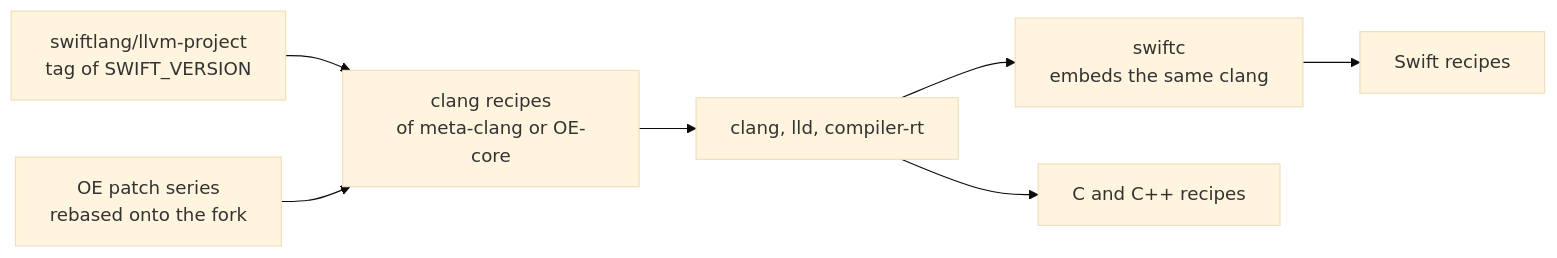
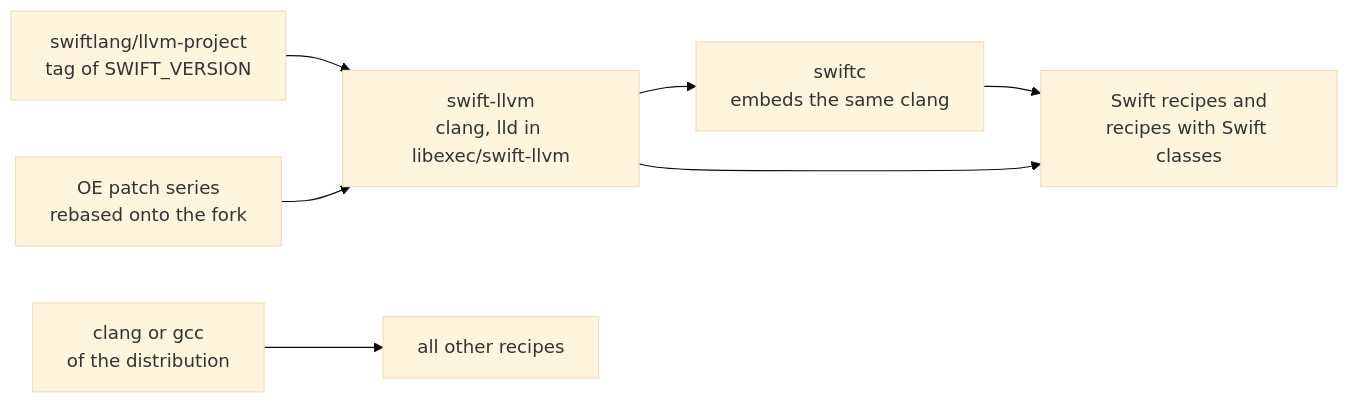
Before and after one commit to nikolaszimmermann/meta-swift: the first of 3 diagrams in README.md, drawn with Mermaid (base theme). The commit also changed other lines of this file, not shown here.

First line of the commit message:
README: describe the private LLVM

````diff
--- a/README.md
+++ b/README.md
@@ -70,16 +77,16 @@
 ```mermaid
 flowchart LR
     fork["swiftlang/llvm-project<br/>tag of SWIFT_VERSION"]
     oe["OE patch series<br/>rebased onto the fork"]
-    recipes["clang recipes<br/>of meta-clang or OE-core"]
-    llvm["clang, lld, compiler-rt"]
+    sllvm["swift-llvm<br/>clang, lld in libexec/swift-llvm"]
     swiftc["swiftc<br/>embeds the same clang"]
-    cxx["C and C++ recipes"]
-    sw["Swift recipes"]
+    swr["Swift recipes and<br/>recipes with Swift classes"]
+    distro["clang or gcc<br/>of the distribution"]
+    other["all other recipes"]
 
-    fork --> recipes
-    oe --> recipes
-    recipes --> llvm
-    llvm --> cxx
-    llvm --> swiftc --> sw
+    fork --> sllvm
+    oe --> sllvm
+    sllvm --> swiftc --> swr
+    sllvm --> swr
+    distro --> other
 ```
````
